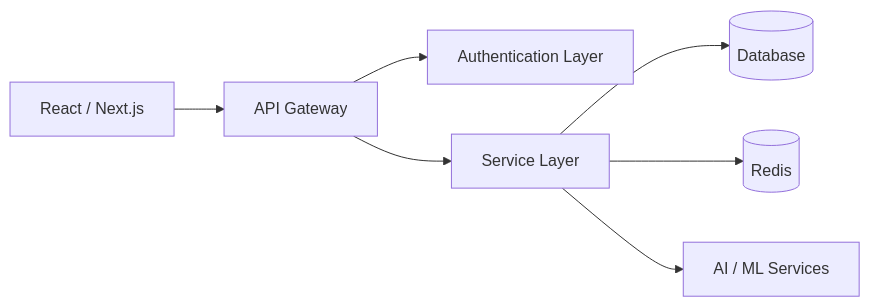
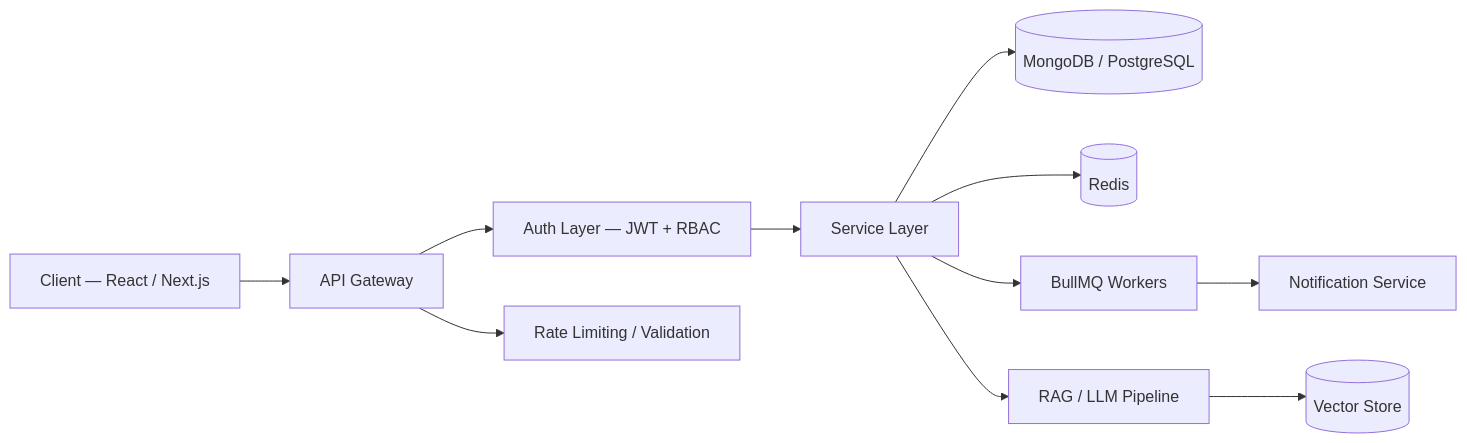
One commit to chiragSahani/chiragSahani changed the diagram in README.md. Above: the diagram before and after it, drawn with Mermaid. The commit also changed other lines of this file, not shown here.

````diff
--- a/README.md
+++ b/README.md
@@ -35,9 +32,13 @@
 ```mermaid
 flowchart LR
-    FE[React / Next.js] --> API[API Gateway]
-    API --> AUTH[Authentication Layer]
-    API --> SERVICE[Service Layer]
-    SERVICE --> DB[(Database)]
-    SERVICE --> CACHE[(Redis)]
-    SERVICE --> AI[AI / ML Services]
+    Client[Client — React / Next.js] --> Gateway[API Gateway]
+    Gateway --> Auth[Auth Layer — JWT + RBAC]
+    Gateway --> Rate[Rate Limiting / Validation]
+    Auth --> Service[Service Layer]
+    Service --> DB[(MongoDB / PostgreSQL)]
+    Service --> Cache[(Redis)]
+    Service --> Queue[BullMQ Workers]
+    Service --> AI[RAG / LLM Pipeline]
+    AI --> Vector[(Vector Store)]
+    Queue --> Notify[Notification Service]
 ```
````
